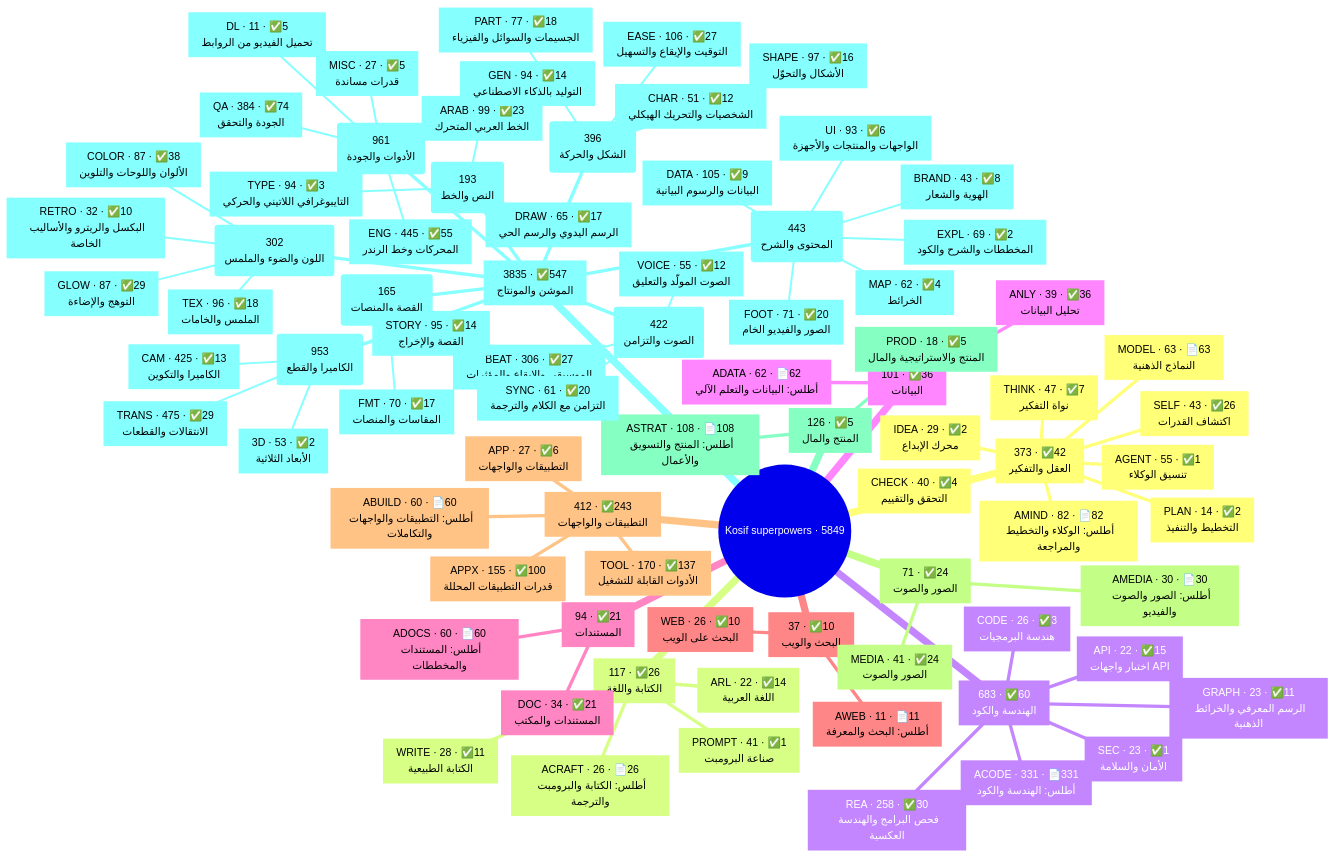
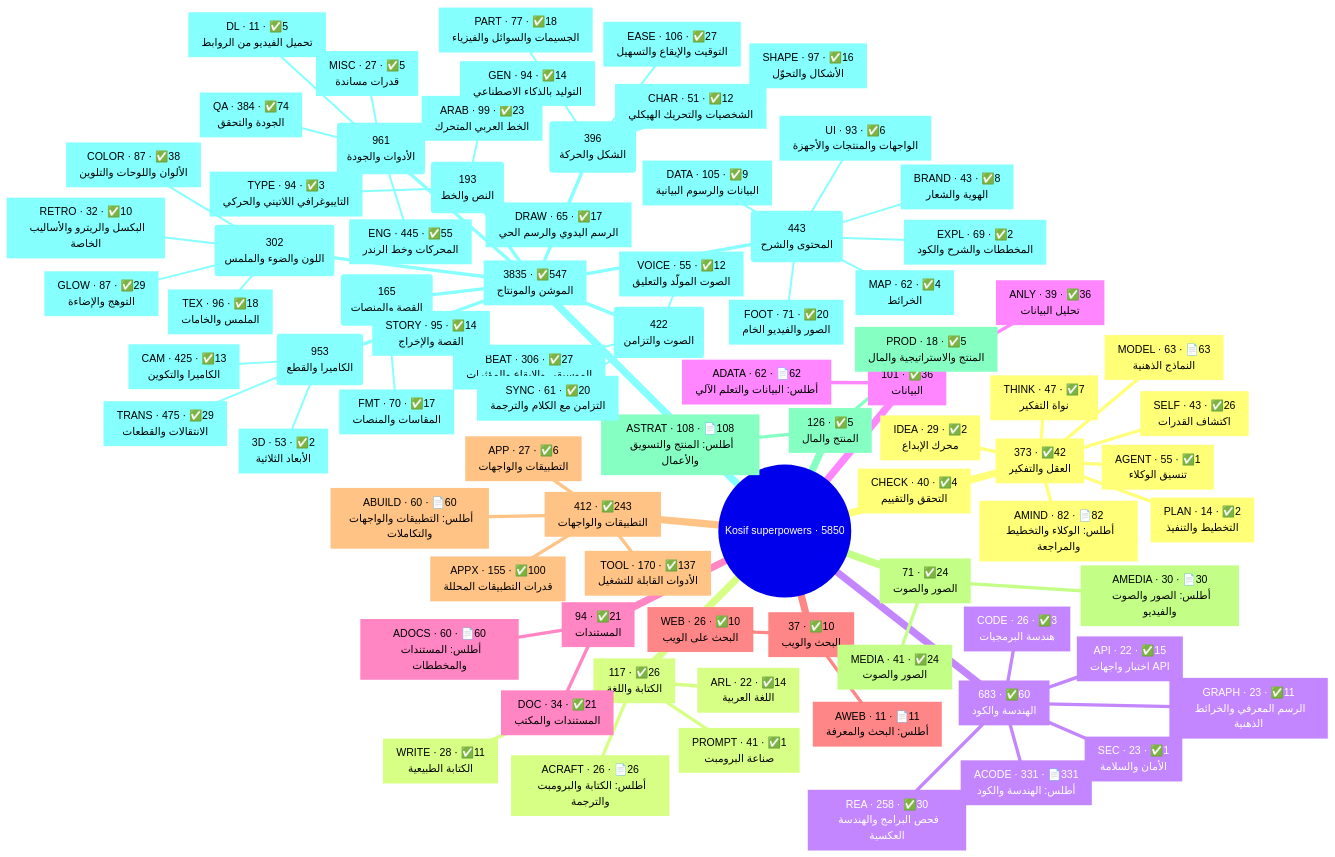
One commit to kosif199022-jpg/kosif-tool changed the first of 2 diagrams in .claude/skills/kosif-superpowers/references/capability-map.md. Above: the diagram before and after it, drawn with Mermaid. The commit also changed other lines of this file and 5 other files, not shown here.

````diff
--- a/.claude/skills/kosif-superpowers/references/capability-map.md
+++ b/.claude/skills/kosif-superpowers/references/capability-map.md
@@ -18,6 +18,6 @@
 ```mermaid
 mindmap
-  root((Kosif superpowers · 5849))
+  root((Kosif superpowers · 5850))
     n1["`373 · ✅42
 العقل والتفكير`"]
       n2["`AMIND · 82 · 📄82
````
